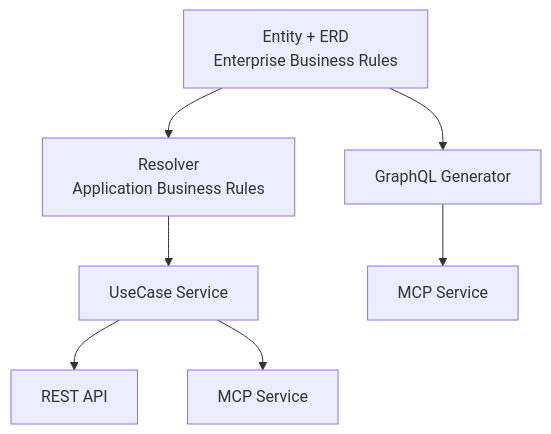
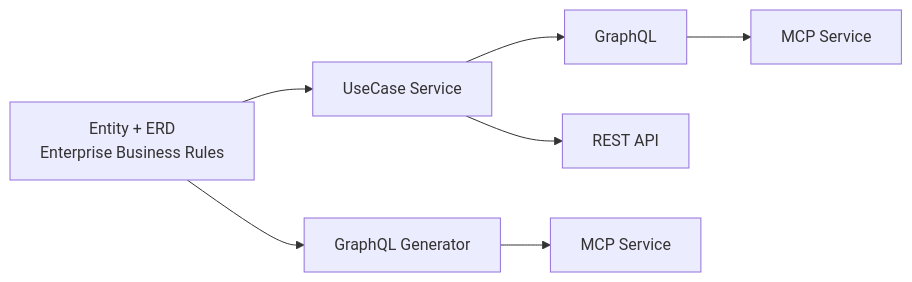
The second of 2 diagrams in README.md (allmonday/pydantic-resolve), drawn with Mermaid before and after one commit.

Commit message:
docs(readme): update architecture mermaid for UseCase GraphQL
Align the diagram with the 5.10 surface:
- Horizontal layout (LR) — matches the data-flow direction better
- Drop the Resolver / Application Business Rules node — its role is
  implicit now, and the diagram is about consumers, not internal
  resolution mechanics
- Add UseCase Service → GraphQL → MCP chain (the 5.10 release surface)
- Drop the stale UseCase → MCP edge (classic MCP server was removed
  in 5.10)
- Keep the existing ERD → GraphQL Generator → MCP chain — that path
  (GraphQLHandler on a diagram) is unchanged

````diff
--- a/README.md
+++ b/README.md
@@ -97,17 +97,17 @@
 ```mermaid
-flowchart TB
+flowchart LR
     entity["Entity + ERD<br/>Enterprise Business Rules"]
-    resolve["Resolver<br/>Application Business Rules"]
-    graphql["GraphQL Generator"]
+    graphql_gen["GraphQL Generator"]
     usecase["UseCase Service"]
+    graphql_uc["GraphQL"]
     api["REST API"]
-    mcp1["MCP Service"]
-    mcp2["MCP Service"]
+    mcp_uc["MCP Service"]
+    mcp_gen["MCP Service"]
 
-    entity --> resolve
-    entity --> graphql
-    resolve --> usecase
+    entity --> graphql_gen
+    entity --> usecase
     usecase --> api
-    usecase --> mcp1
-    graphql --> mcp2
+    usecase --> graphql_uc
+    graphql_uc --> mcp_uc
+    graphql_gen --> mcp_gen
 ```
````
